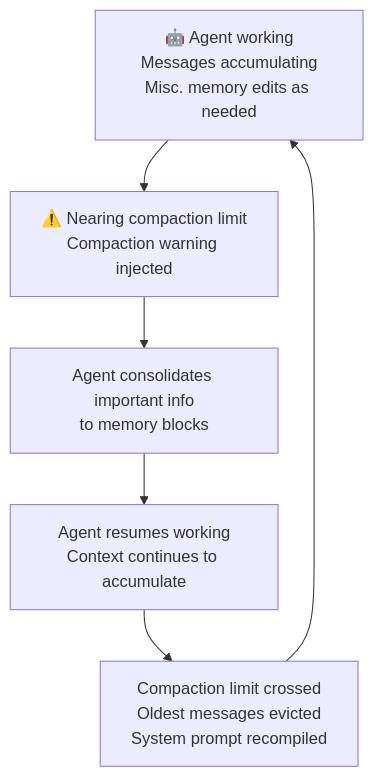
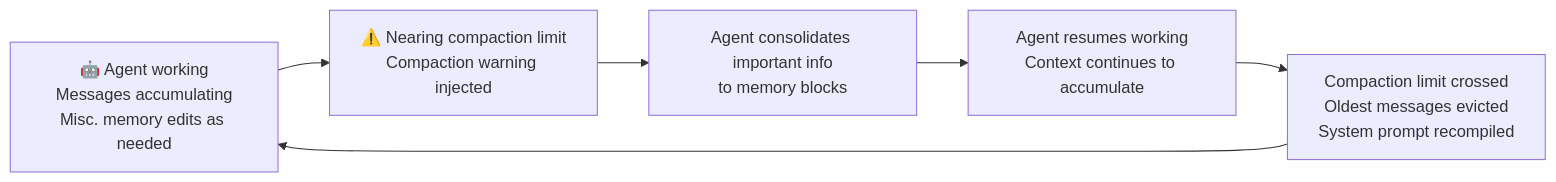
The diagram in README.md (jf-ai/Agent-Home), drawn with Mermaid before and after one commit.

Commit message:
README: compaction diagram LR, keep trimmed labels

````diff
--- a/README.md
+++ b/README.md
@@ -70,10 +70,9 @@
 ```mermaid
-%%{init: {'flowchart': {'useMaxWidth': false}}}%%
-graph TD
+flowchart LR
     A["🤖 Agent working\nMessages accumulating\nMisc. memory edits as needed"]
     --> B["⚠️ Nearing compaction limit\nCompaction warning injected"]
     --> C["Agent consolidates important info\nto memory blocks"]
     --> D["Agent resumes working\nContext continues to accumulate"]
     --> E["Compaction limit crossed\nOldest messages evicted\nSystem prompt recompiled"]
     --> A
 ```
````
